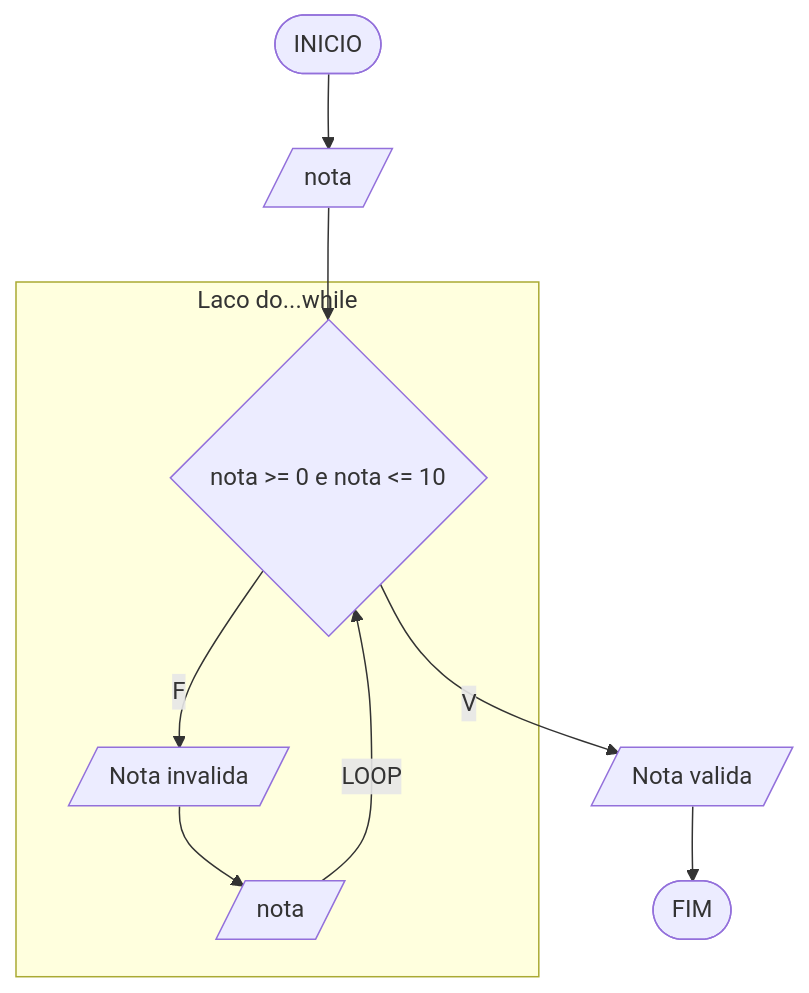
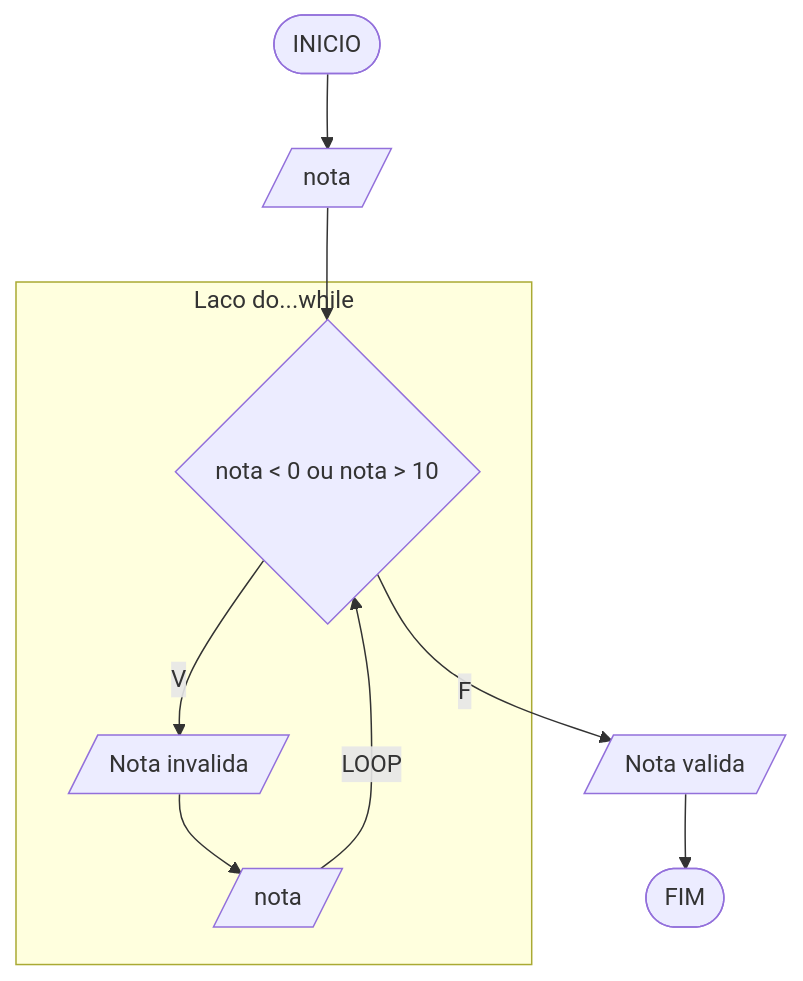
The seventh of 12 diagrams in aula7/aula7.md (carubbi/T160_T198), drawn with Mermaid before and after one commit. The commit also changed other lines of this file and 5 other files, not shown here.

````diff
--- a/aula7/aula7.md
+++ b/aula7/aula7.md
@@ -365,12 +385,12 @@
 ```mermaid
 flowchart TD
 A([INICIO]) --> B[/nota/]
-B --> C{nota >= 0 e nota <= 10}
+B --> C{nota < 0 ou nota > 10}
 subgraph SEQ [Laco do...while]
-C -- F --> D[/Nota invalida/]
+C -- V --> D[/Nota invalida/]
 D --> E[/nota/]
 E -- LOOP --> C
 end
-C -- V --> F[/Nota valida/]
+C -- F --> F[/Nota valida/]
 F --> G([FIM])
 ```
````
